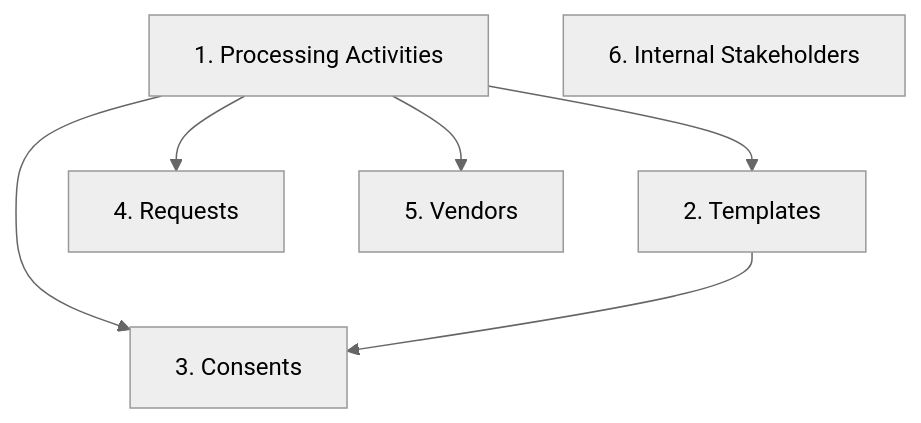
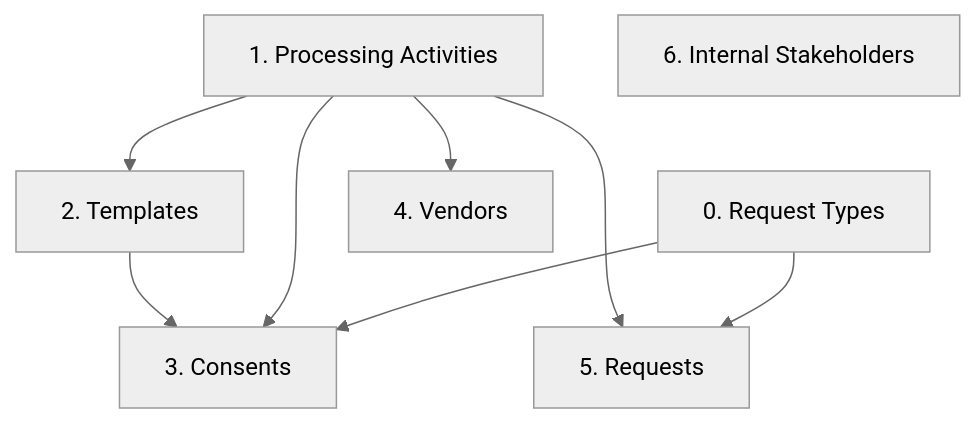
One commit to yashaswidpdp/migrations changed the diagram in README.md. Above: the diagram before and after it, drawn with Mermaid (neutral theme). The commit also changed other lines of this file, not shown here.

````diff
--- a/README.md
+++ b/README.md
@@ -52,9 +52,11 @@
 ```mermaid
 graph TD
+    RT["0. Request Types"] --> C["3. Consents"]
+    RT --> R["5. Requests"]
     PA["1. Processing Activities"] --> T["2. Templates"]
-    PA --> C["3. Consents"]
+    PA --> C
     T --> C
-    PA --> R["4. Requests"]
-    PA --> V["5. Vendors"]
+    PA --> R
+    PA --> V["4. Vendors"]
     S["6. Internal Stakeholders"]
 ```
````
